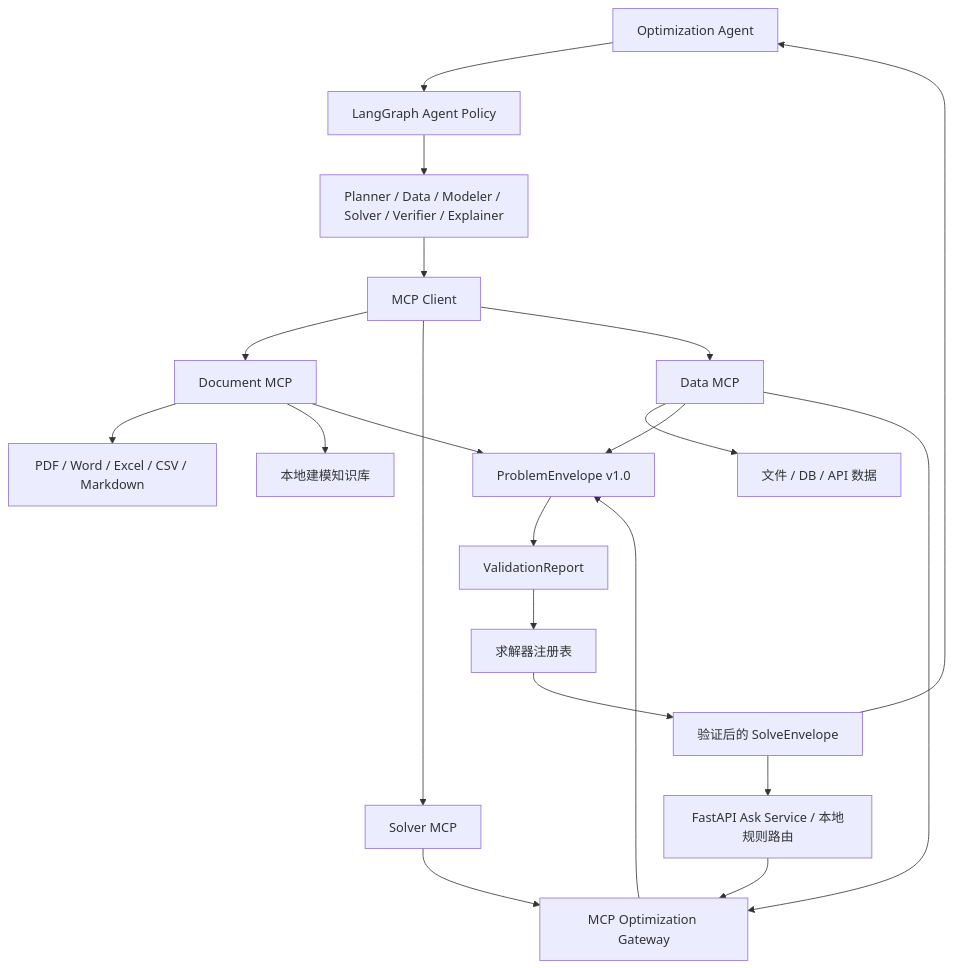
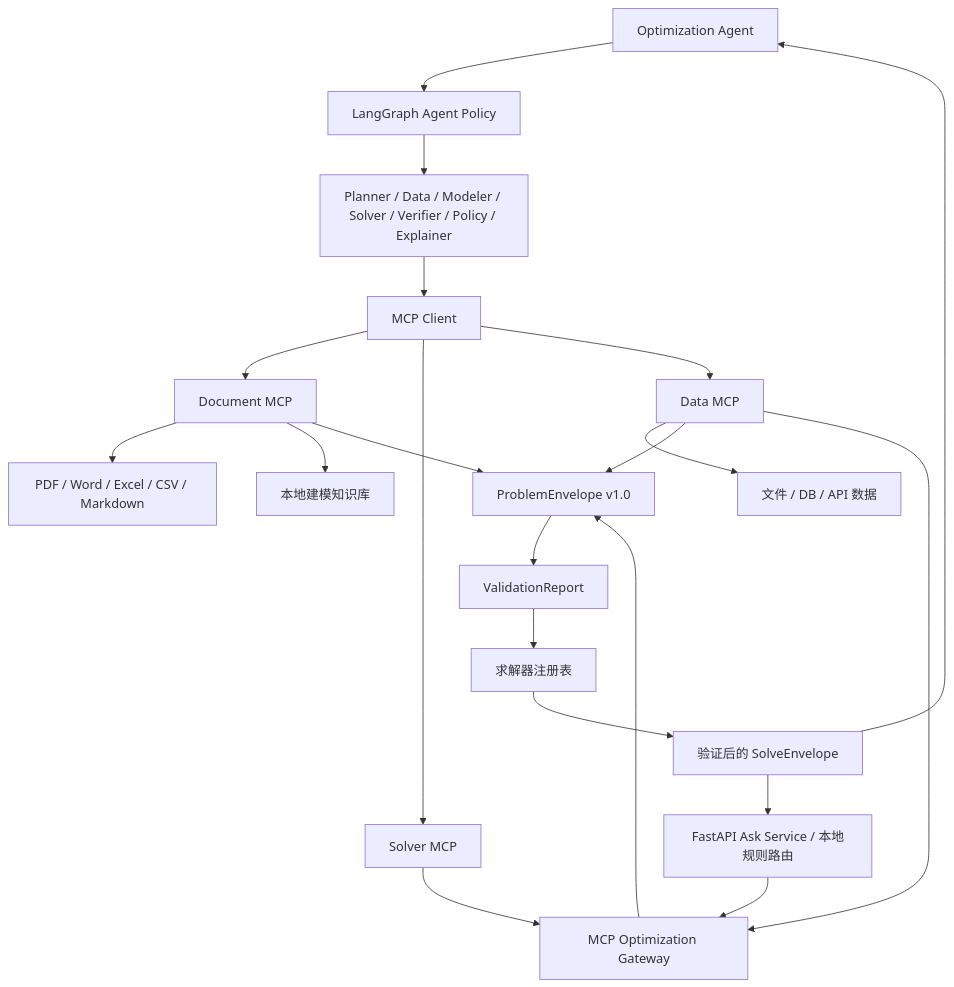
Before and after one commit to tyz211/optiagent: the diagram in docs/mcp-architecture.md, drawn with Mermaid. The commit also changed other lines of this file and 31 other files, not shown here.

````diff
--- a/docs/mcp-architecture.md
+++ b/docs/mcp-architecture.md
@@ -5,23 +5,23 @@
 ```mermaid
 flowchart TD
     A[Optimization Agent] --> LG[LangGraph Agent Policy]
-    LG --> L[Planner / Data / Modeler / Solver / Verifier / Explainer]
+    LG --> L[Planner / Data / Modeler / Solver / Verifier / Policy / Explainer]
     L --> C[MCP Client]
     O[FastAPI Ask Service / 本地规则路由] --> G[MCP Optimization Gateway]
     C --> D[Document MCP]
     C --> S[Solver MCP]
     C --> T[Data MCP]
     D --> DF[PDF / Word / Excel / CSV / Markdown]
     D --> KB[本地建模知识库]
     T --> DS[文件 / DB / API 数据]
     D --> P[ProblemEnvelope v1.0]
     T --> P
     T --> G
     S --> G
     G --> P
     P --> V[ValidationReport]
     V --> R[求解器注册表]
     R --> E[验证后的 SolveEnvelope]
     E --> A
     E --> O
 ```
````
